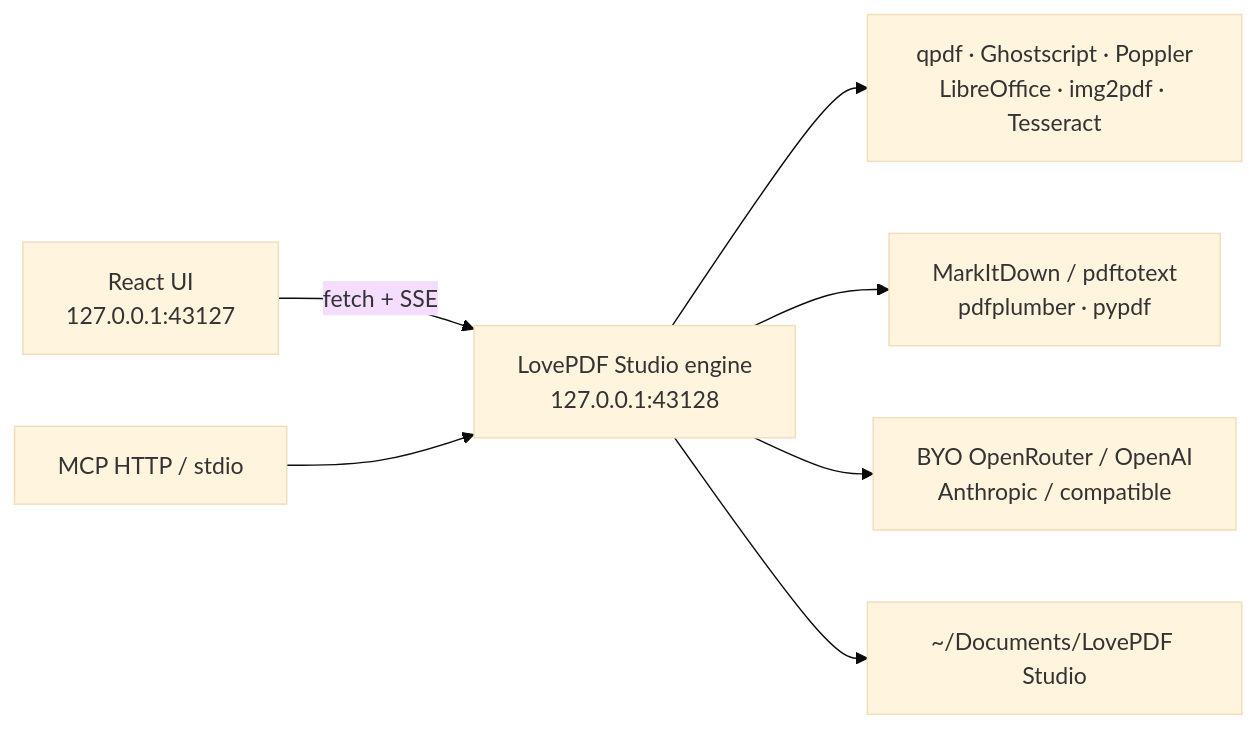
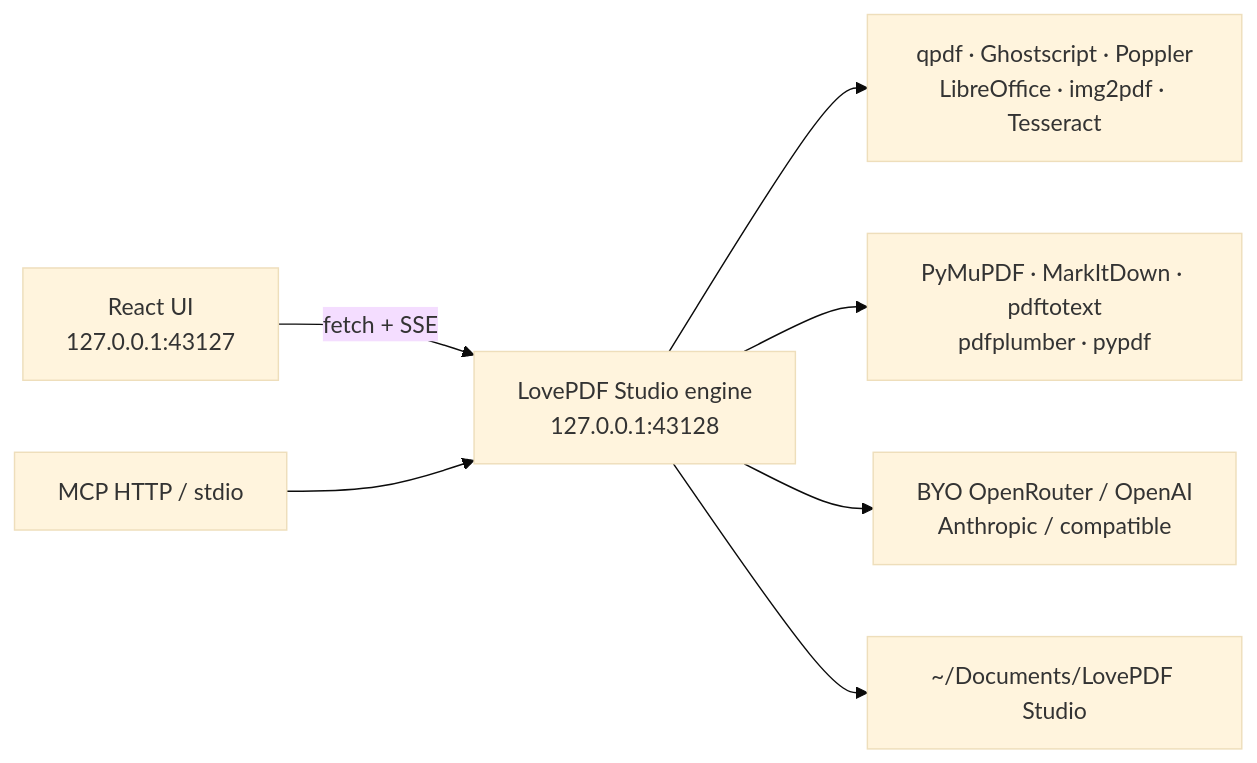
One commit to imodoiepale/ihate-pdf changed the diagram in README.md. Above: the diagram before and after it, drawn with Mermaid (base theme). The commit also changed other lines of this file and 14 other files, not shown here.

First line of the commit message:
Add PyMuPDF sub-2s parse, M-PESA lines, and extract-anything.

````diff
--- a/README.md
+++ b/README.md
@@ -91,9 +92,9 @@
 ```mermaid
 flowchart LR
   UI["React UI<br/>127.0.0.1:43127"] -->|fetch + SSE| Engine["LovePDF Studio engine<br/>127.0.0.1:43128"]
   MCP["MCP HTTP / stdio"] --> Engine
   Engine --> CLI["qpdf · Ghostscript · Poppler<br/>LibreOffice · img2pdf · Tesseract"]
-  Engine --> Parse["MarkItDown / pdftotext<br/>pdfplumber · pypdf"]
+  Engine --> Parse["PyMuPDF · MarkItDown · pdftotext<br/>pdfplumber · pypdf"]
   Engine --> LLM["BYO OpenRouter / OpenAI<br/>Anthropic / compatible"]
   Engine --> Disk["~/Documents/LovePDF Studio"]
 ```
````
